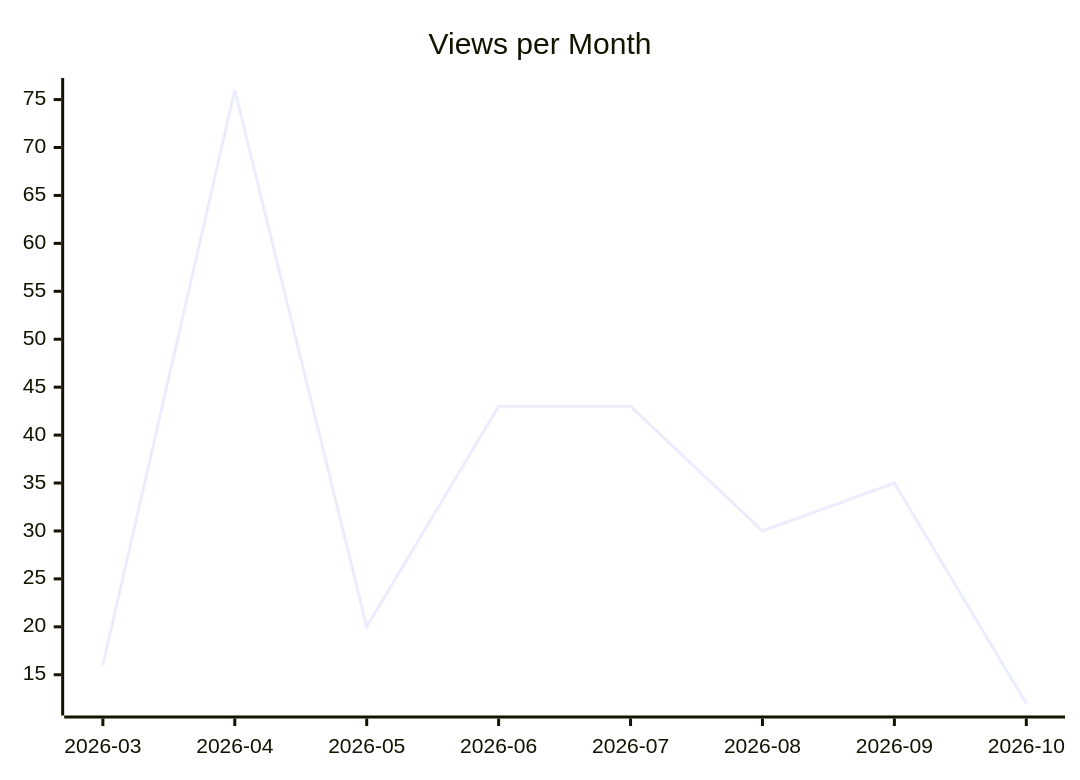
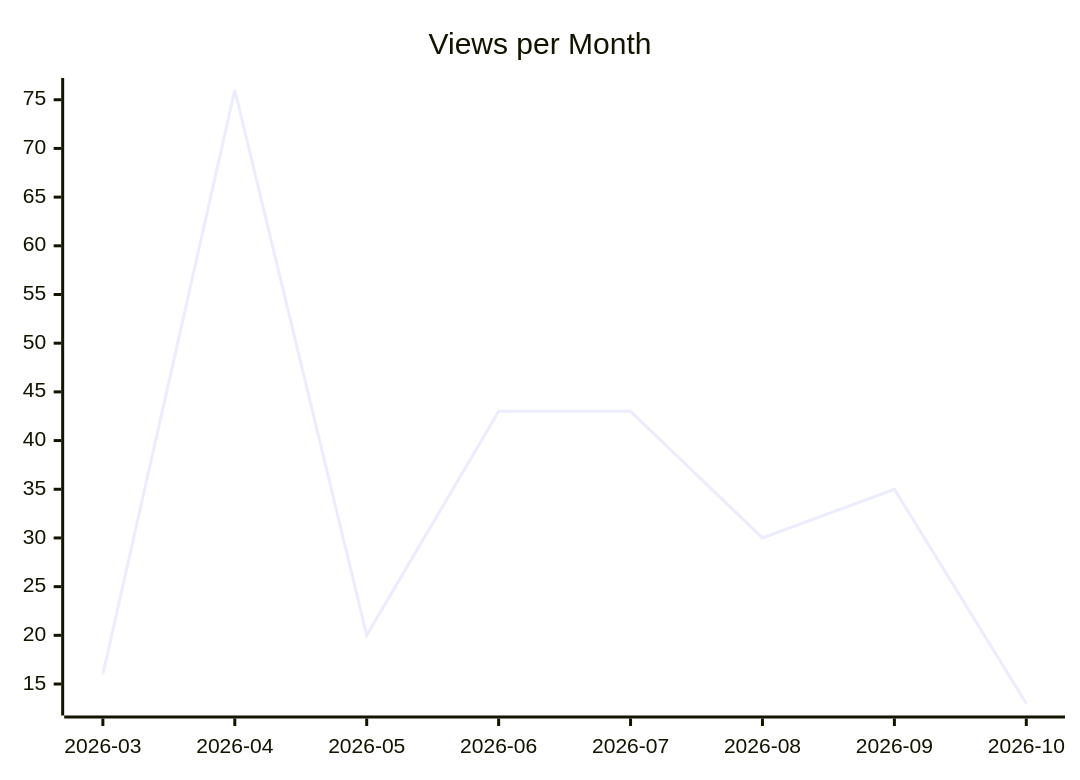
One commit to justdavis-family/github-analytics-data changed the second of 3 diagrams in karlmdavis/ksoap2-android/README.md. Above: the diagram before and after it, drawn with Mermaid. The commit also changed other lines of this file and 198 other files, not shown here.

````diff
--- a/karlmdavis/ksoap2-android/README.md
+++ b/karlmdavis/ksoap2-android/README.md
@@ -12,6 +12,6 @@
 ```mermaid
 xychart-beta
   title "Views per Month"
   x-axis ["2026-03", "2026-04", "2026-05", "2026-06", "2026-07", "2026-08", "2026-09", "2026-10"]
-  line [16, 76, 20, 43, 43, 30, 35, 12]
+  line [16, 76, 20, 43, 43, 30, 35, 13]
 ```
````
